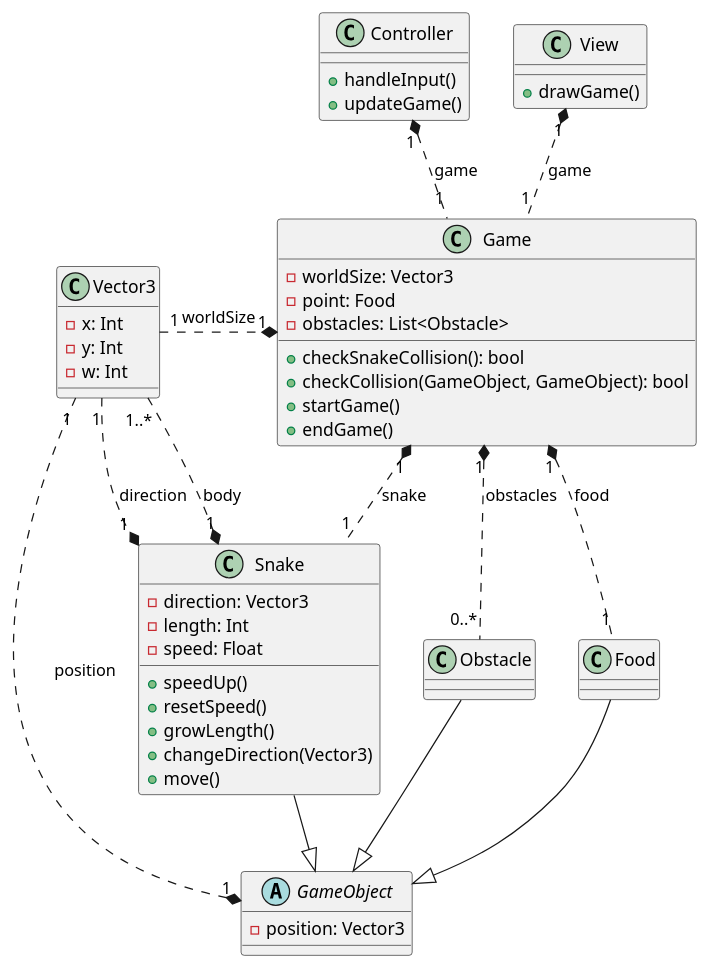
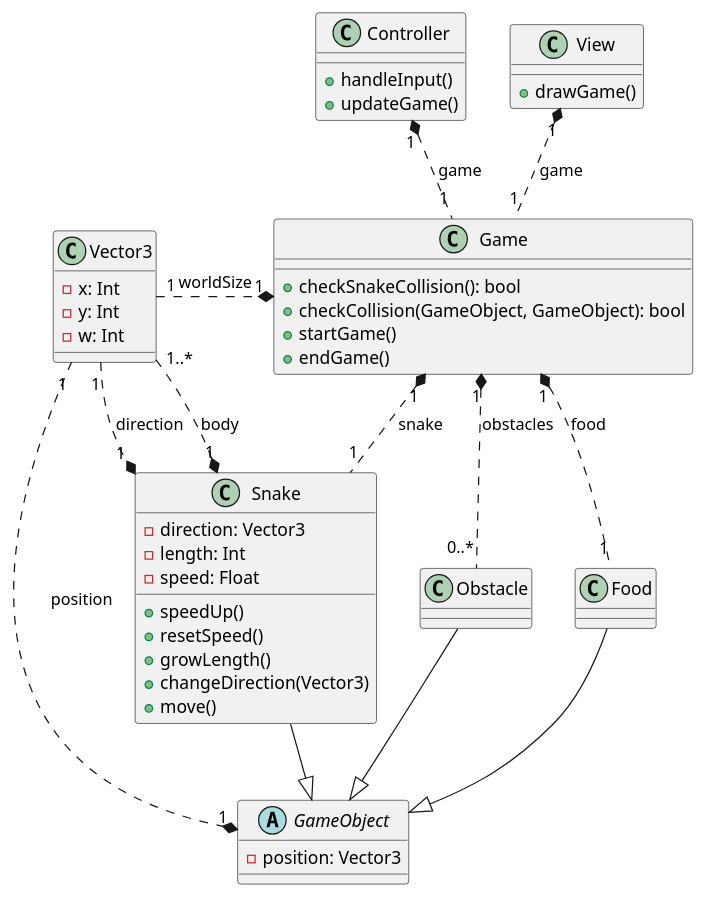
One commit to szmoli/kt_snake changed the diagram in diagrams/classDiagram.puml. Above: the diagram before and after it, drawn with PlantUML.

Commit message:
game class diagram updated

```diff
--- a/diagrams/classDiagram.puml
+++ b/diagrams/classDiagram.puml
@@ -1,70 +1,66 @@
 @startuml classDiagram
 skinparam groupInheritance 2
 
 ' Game classes
 class Game {
     + checkSnakeCollision(): bool
     + checkCollision(GameObject, GameObject): bool
     + startGame()
     + endGame()
-
-    - worldSize: Vector3
-    - point: Food
-    - obstacles: List<Obstacle>
 }
 
 abstract GameObject {
     - position: Vector3
 }
 
 class Snake {
     + speedUp()
     + resetSpeed()
     + growLength()
     + changeDirection(Vector3)
     + move()
 
     - direction: Vector3
     - length: Int
     - speed: Float
 }
 
 class Food {
 }
 
 class Obstacle {
 }
 
 ' Util classes
 class Controller {
     + handleInput()
     + updateGame()
 }
 
 class View {
     + drawGame()
 }
 
 class Vector3 {
     - x: Int
     - y: Int
     - w: Int
 }
 
 ' Inheritance
 GameObject <|-up- Food
 GameObject <|-up- Obstacle
 GameObject <|-up- Snake
 
 ' Associations
 Game "1" *.. "1" Snake : "snake"
 Game "1" *.. "1" Food : "food"
 Game "1" *.. "0..*" Obstacle : "obstacles"
 Game "1" *.left. "1" Vector3 : "worldSize"
 GameObject "1" *.left. "1" Vector3 : "position"
 Snake "1" *.left. "1" Vector3 : "direction"
 Snake "1" *.left. "1..*" Vector3 : "body"
 View "1" *.. "1" Game : "game"
 Controller "1" *.. "1" Game : "game"
 
 @enduml
```
